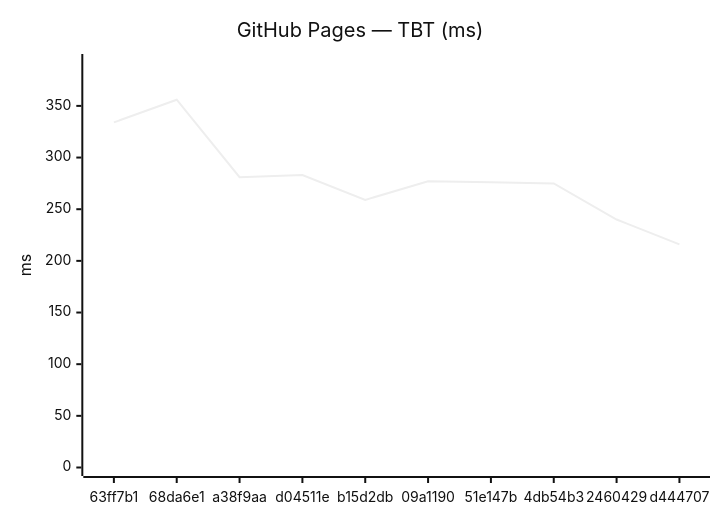
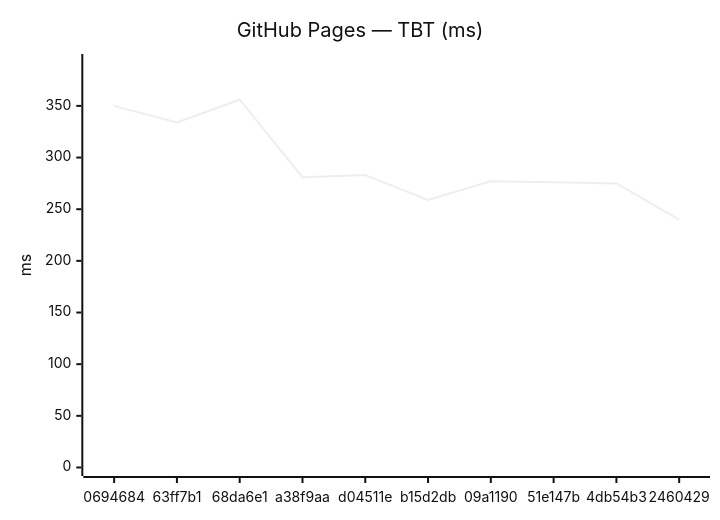
The fourth of 18 diagrams in benchmarks/compare.md (Metaheurist/Rianell), drawn with Mermaid (neutral theme) before and after one commit. The commit also changed other lines of this file and 11 other files, not shown here.

````diff
--- a/benchmarks/compare.md
+++ b/benchmarks/compare.md
@@ -61,7 +61,7 @@
 ```mermaid
 xychart-beta
     title "GitHub Pages — TBT (ms)"
-    x-axis ["63ff7b1", "68da6e1", "a38f9aa", "d04511e", "b15d2db", "09a1190", "51e147b", "4db54b3", "2460429", "d444707"]
+    x-axis ["0694684", "63ff7b1", "68da6e1", "a38f9aa", "d04511e", "b15d2db", "09a1190", "51e147b", "4db54b3", "2460429"]
     y-axis "ms" 0 --> 392
-    line [334, 356, 281, 283, 259, 277, 276, 275, 240, 216]
+    line [350, 334, 356, 281, 283, 259, 277, 276, 275, 240]
 ```
````
